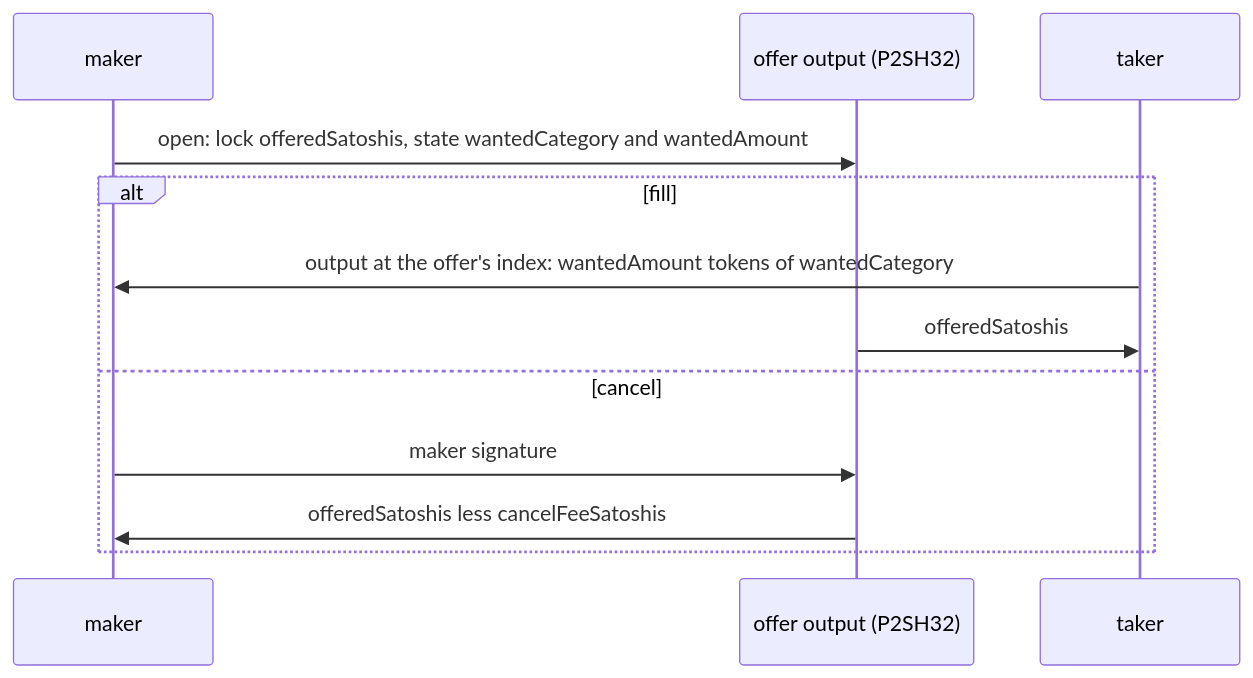
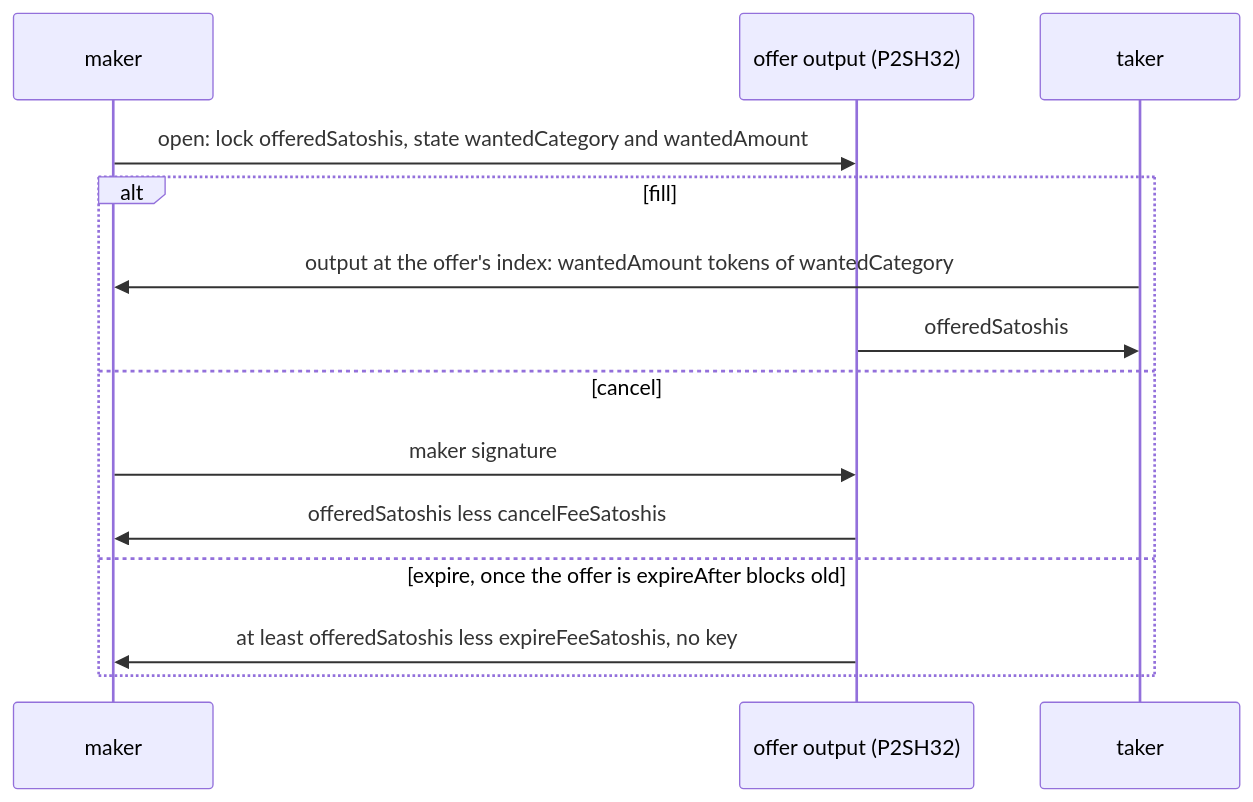
One commit to aimanmalib/sampan-xo changed the first of 2 diagrams in README.md. Above: the diagram before and after it, drawn with Mermaid. The commit also changed other lines of this file and 10 other files, not shown here.

````diff
--- a/README.md
+++ b/README.md
@@ -22,14 +23,16 @@
 ```mermaid
 sequenceDiagram
     participant M as maker
     participant O as offer output (P2SH32)
     participant T as taker
     M->>O: open: lock offeredSatoshis, state wantedCategory and wantedAmount
     alt fill
         T->>M: output at the offer's index: wantedAmount tokens of wantedCategory
         O->>T: offeredSatoshis
     else cancel
         M->>O: maker signature
         O->>M: offeredSatoshis less cancelFeeSatoshis
+    else expire, once the offer is expireAfter blocks old
+        O->>M: at least offeredSatoshis less expireFeeSatoshis, no key
     end
 ```
````
